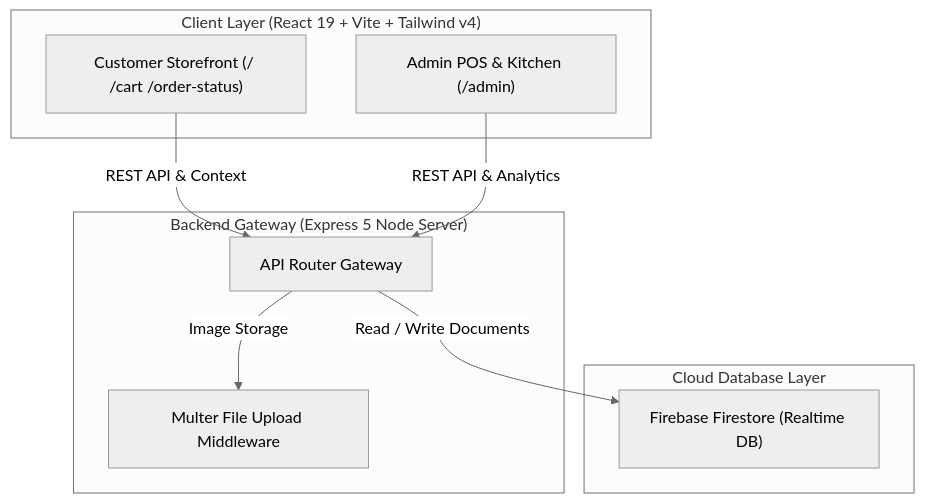
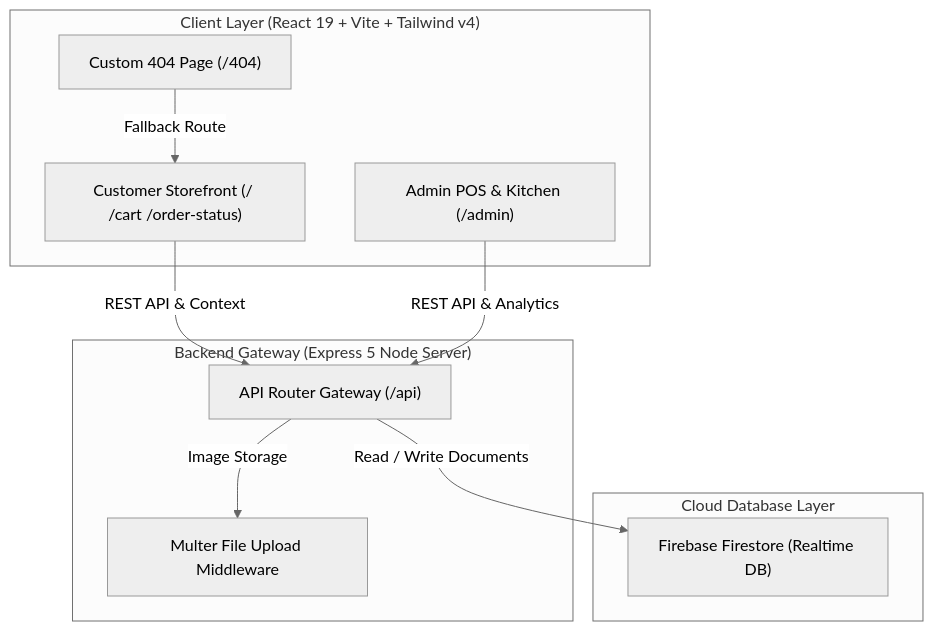
Before and after one commit to muraliofficial/chick_blast: the diagram in README.md, drawn with Mermaid (neutral theme). The commit also changed other lines of this file and 2 other files, not shown here.

Commit message:
Add custom 404 route and update README with unique header badges

````diff
--- a/README.md
+++ b/README.md
@@ -39,21 +54,23 @@
 ```mermaid
 graph TD
     subgraph Client ["Client Layer (React 19 + Vite + Tailwind v4)"]
         CustomerApp["Customer Storefront (/ /cart /order-status)"]
+        NotFoundPage["Custom 404 Page (/404)"]
         AdminDashboard["Admin POS & Kitchen (/admin)"]
     end
 
     subgraph Backend ["Backend Gateway (Express 5 Node Server)"]
-        API["API Router Gateway"]
+        API["API Router Gateway (/api)"]
         Multer["Multer File Upload Middleware"]
     end
 
     subgraph Database ["Cloud Database Layer"]
         Firestore["Firebase Firestore (Realtime DB)"]
     end
 
     CustomerApp -->|REST API & Context| API
+    NotFoundPage -->|Fallback Route| CustomerApp
     AdminDashboard -->|REST API & Analytics| API
     API -->|Image Storage| Multer
     API -->|Read / Write Documents| Firestore
 ```
````
